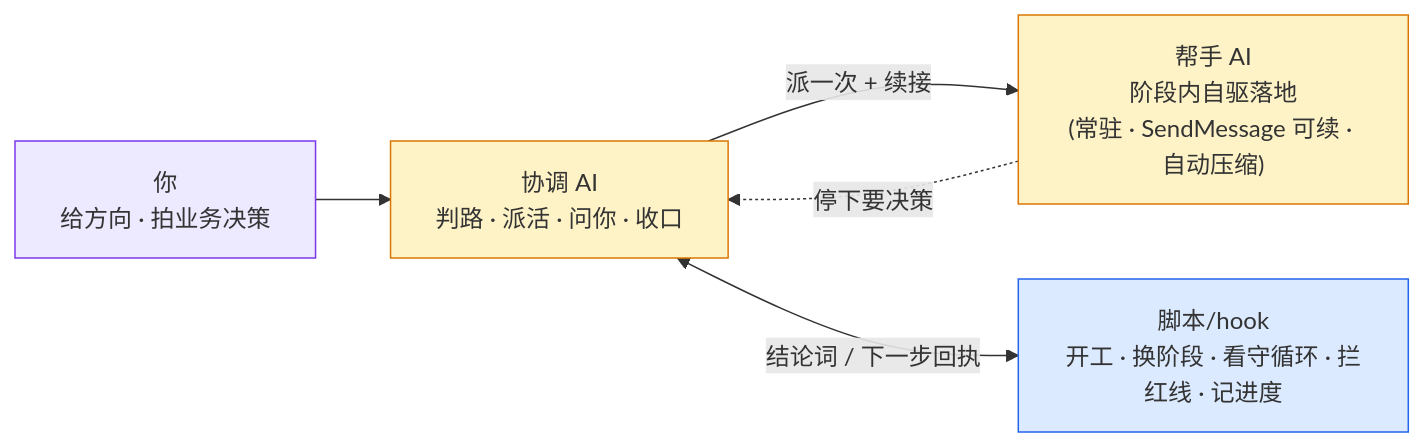
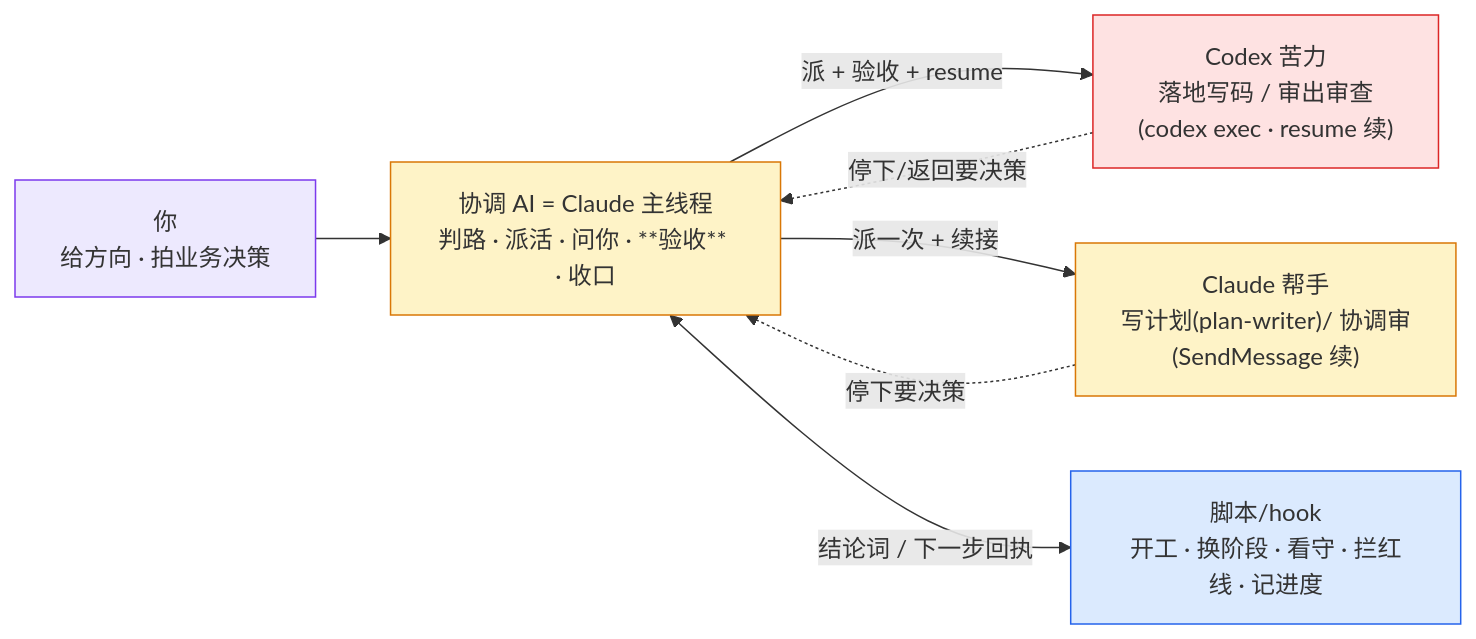
One commit to chancheuklap/multi-model-workflow changed the sixth of 10 diagrams in plugin2/OVERVIEW.md. Above: the diagram before and after it, drawn with Mermaid. The commit also changed other lines of this file and 1 other file, not shown here.

First line of the commit message:
plugin2(docs): 弄正漂移——OVERVIEW/loop-engineering 跟上 Codex 落地翻转

````diff
--- a/plugin2/OVERVIEW.md
+++ b/plugin2/OVERVIEW.md
@@ -292,16 +291,20 @@
 ```mermaid
 flowchart LR
     U["你<br/>给方向 · 拍业务决策"]:::p
-    C["协调 AI<br/>判路 · 派活 · 问你 · 收口"]:::ai
-    W["帮手 AI<br/>阶段内自驱落地<br/>(常驻 · SendMessage 可续 · 自动压缩)"]:::ai
-    K["脚本/hook<br/>开工 · 换阶段 · 看守循环 · 拦红线 · 记进度"]:::sh
+    C["协调 AI = Claude 主线程<br/>判路 · 派活 · 问你 · **验收** · 收口"]:::ai
+    X["Codex 苦力<br/>落地写码 / 审出审查<br/>(codex exec · resume 续)"]:::cx
+    W["Claude 帮手<br/>写计划(plan-writer)/ 协调审<br/>(SendMessage 续)"]:::ai
+    K["脚本/hook<br/>开工 · 换阶段 · 看守 · 拦红线 · 记进度"]:::sh
 
     U --> C
+    C -->|"派 + 验收 + resume"| X
     C -->|"派一次 + 续接"| W
+    X -.->|"停下/返回要决策"| C
     W -.->|"停下要决策"| C
     C <-->|"结论词 / 下一步回执"| K
 
     classDef p fill:#ede9fe,stroke:#7c3aed
     classDef ai fill:#fef3c7,stroke:#d97706
+    classDef cx fill:#fee2e2,stroke:#dc2626
     classDef sh fill:#dbeafe,stroke:#2563eb
 ```
````
